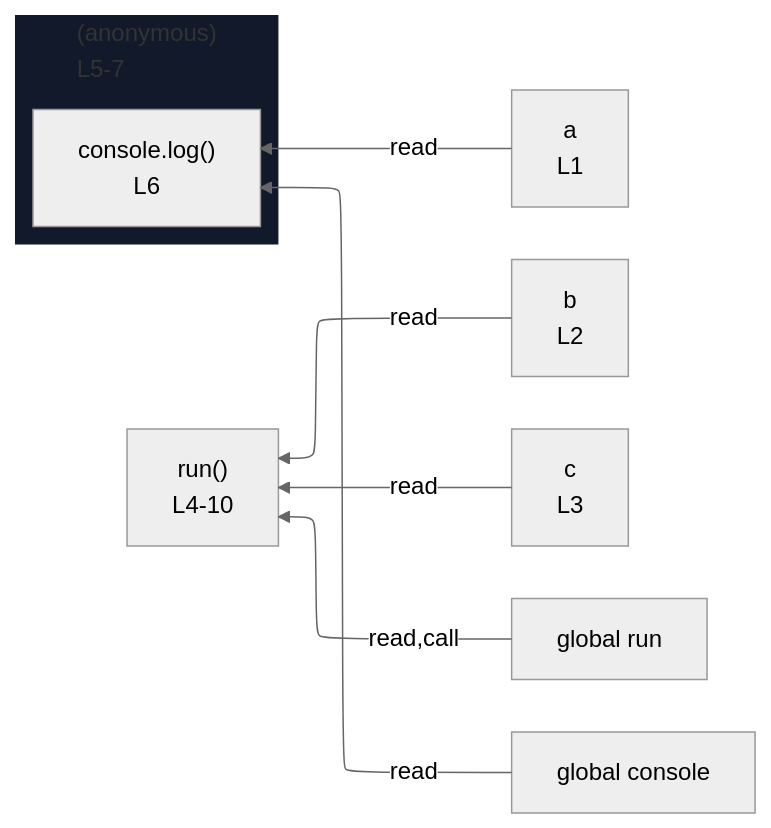
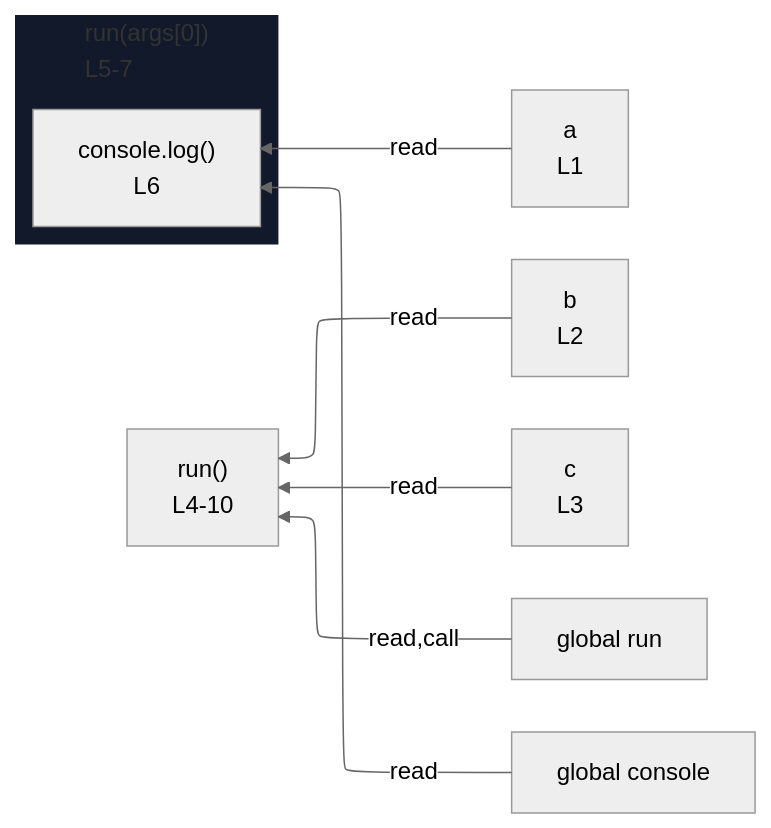
The diagram in integration/fixtures/expression-statement/call-with-callback-and-bindings/preview.md (crescware/unsnarl), drawn with Mermaid (neutral theme) before and after one commit. The commit also changed 36 other files, not shown here.

````diff
--- a/integration/fixtures/expression-statement/call-with-callback-and-bindings/preview.md
+++ b/integration/fixtures/expression-statement/call-with-callback-and-bindings/preview.md
@@ -20,21 +20,21 @@
 ```mermaid
 %%{init: {"flowchart": {"defaultRenderer": "elk"}}}%%
 flowchart RL
   n_scope_0_a_6["a<br/>L1"]
   n_scope_0_b_19["b<br/>L2"]
   n_scope_0_c_32["c<br/>L3"]
   n_scope_0_run_39["global run"]
   n_scope_0_console_58["global console"]
-  subgraph s_scope_1["(anonymous)<br/>L5-7"]
+  subgraph s_scope_1["run(args[0])<br/>L5-7"]
     direction RL
     expr_stmt_58["console.log()<br/>L6"]
   end
   n_scope_0_run_39 -->|read,call| expr_stmt_39
   n_scope_0_console_58 -->|read| expr_stmt_58
   n_scope_0_a_6 -->|read| expr_stmt_58
   n_scope_0_b_19 -->|read| expr_stmt_39
   n_scope_0_c_32 -->|read| expr_stmt_39
   expr_stmt_39["run()<br/>L4-10"]
   classDef nestL1 fill:#11192a,stroke:transparent;
   class s_scope_1 nestL1;
 ```
````
